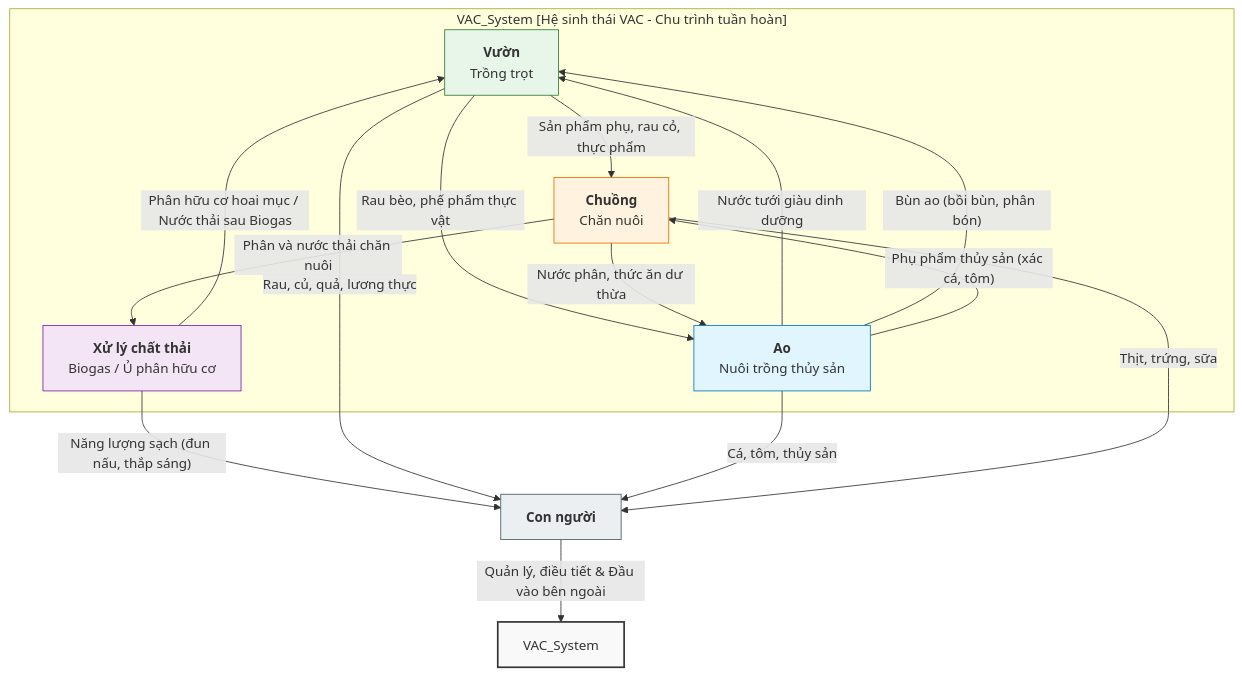
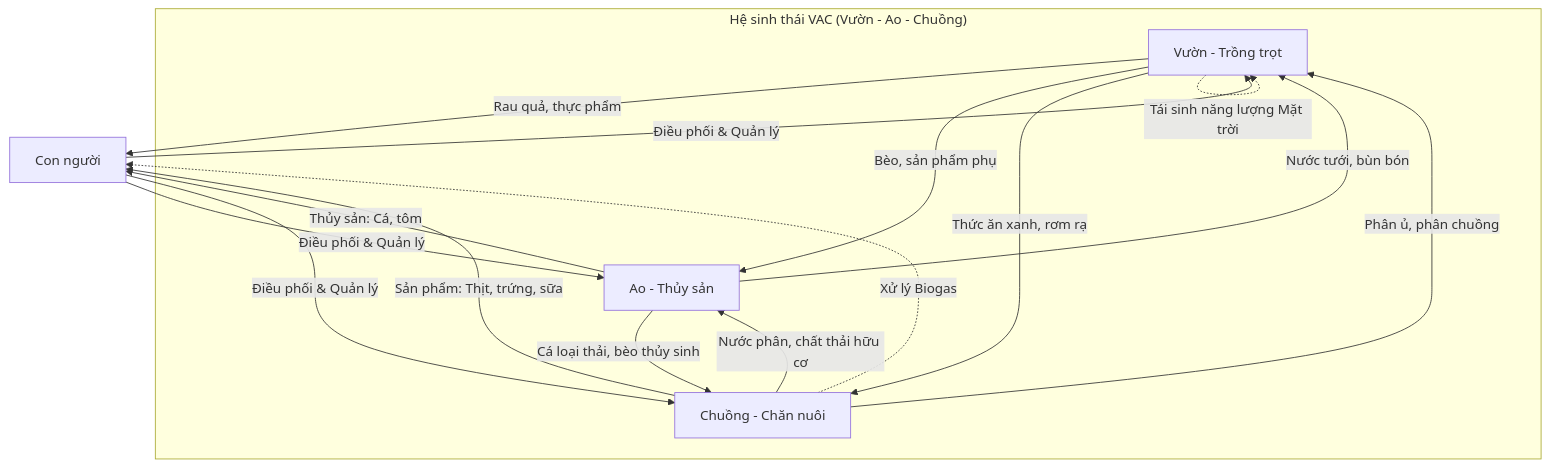
Before and after one commit to manhhuynh-designer/Agri: the diagram in _posts/2026-07-17-he-sinh-thai-vac-truyen-thong.md, drawn with Mermaid. The commit also changed 8 other files, not shown here.

Commit message:
Replace and append native NotebookLM Mermaid.js diagrams to all 8 posts successfully

```diff
--- a/_posts/2026-07-17-he-sinh-thai-vac-truyen-thong.md
+++ b/_posts/2026-07-17-he-sinh-thai-vac-truyen-thong.md
@@ -31,42 +31,31 @@
 <div class="mermaid">
 graph TD
-    subgraph "VAC_System [Hệ sinh thái VAC - Chu trình tuần hoàn]"
-        V[<b>Vườn</b><br/>Trồng trọt]
-        A[<b>Ao</b><br/>Nuôi trồng thủy sản]
-        C[<b>Chuồng</b><br/>Chăn nuôi]
-        B[<b>Xử lý chất thải</b><br/>Biogas / Ủ phân hữu cơ]
+    subgraph "Hệ sinh thái VAC (Vườn - Ao - Chuồng)"
+        V[Vườn - Trồng trọt]
+        A[Ao - Thủy sản]
+        C[Chuồng - Chăn nuôi]
     end
 
+    H[Con người] -- "Điều phối & Quản lý" --> V
+    H -- "Điều phối & Quản lý" --> A
+    H -- "Điều phối & Quản lý" --> C
+
     %% Mối quan hệ từ Vườn
-    V -- "Sản phẩm phụ, rau cỏ, thực phẩm" --> C
-    V -- "Rau bèo, phế phẩm thực vật" --> A
-    
+    V -->|Rau quả, thực phẩm| H
+    V -->|Bèo, sản phẩm phụ| A
+    V -->|Thức ăn xanh, rơm rạ| C
+
+    %% Mối quan hệ từ Ao
+    A -->|Thủy sản: Cá, tôm| H
+    A -->|Nước tưới, bùn bón| V
+    A -->|Cá loại thải, bèo thủy sinh| C
+
     %% Mối quan hệ từ Chuồng
-    C -- "Phân và nước thải chăn nuôi" --> B
-    C -- "Nước phân, thức ăn dư thừa" --> A
-    
-    %% Mối quan hệ từ Ao
-    A -- "Nước tưới giàu dinh dưỡng" --> V
-    A -- "Bùn ao (bồi bùn, phân bón)" --> V
-    A -- "Phụ phẩm thủy sản (xác cá, tôm)" --> C
-    
-    %% Mối quan hệ từ Biogas/Ủ phân
-    B -- "Phân hữu cơ hoai mục / Nước thải sau Biogas" --> V
-    B -- "Năng lượng sạch (đun nấu, thắp sáng)" --> P[<b>Con người</b>]
+    C -->|Sản phẩm: Thịt, trứng, sữa| H
+    C -->|Phân ủ, phân chuồng| V
+    C -->|Nước phân, chất thải hữu cơ| A
 
-    %% Đầu ra cho con người
-    V -- "Rau, củ, quả, lương thực" --> P
-    A -- "Cá, tôm, thủy sản" --> P
-    C -- "Thịt, trứng, sữa" --> P
-
-    %% Vai trò điều tiết của con người
-    P -- "Quản lý, điều tiết & Đầu vào bên ngoài" --> VAC_System
-
-    %% Định dạng trực quan
-    style VAC_System fill:#f9f9f9,stroke:#333,stroke-width:2px
-    style V fill:#e8f5e9,stroke:#2e7d32
-    style A fill:#e1f5fe,stroke:#0277bd
-    style C fill:#fff3e0,stroke:#ef6c00
-    style B fill:#f3e5f5,stroke:#7b1fa2
-    style P fill:#eceff1,stroke:#455a64
+    %% Chu trình tuần hoàn
+    V -.->|Tái sinh năng lượng Mặt trời| V
+    C -.->|Xử lý Biogas| H
 </div>
```
